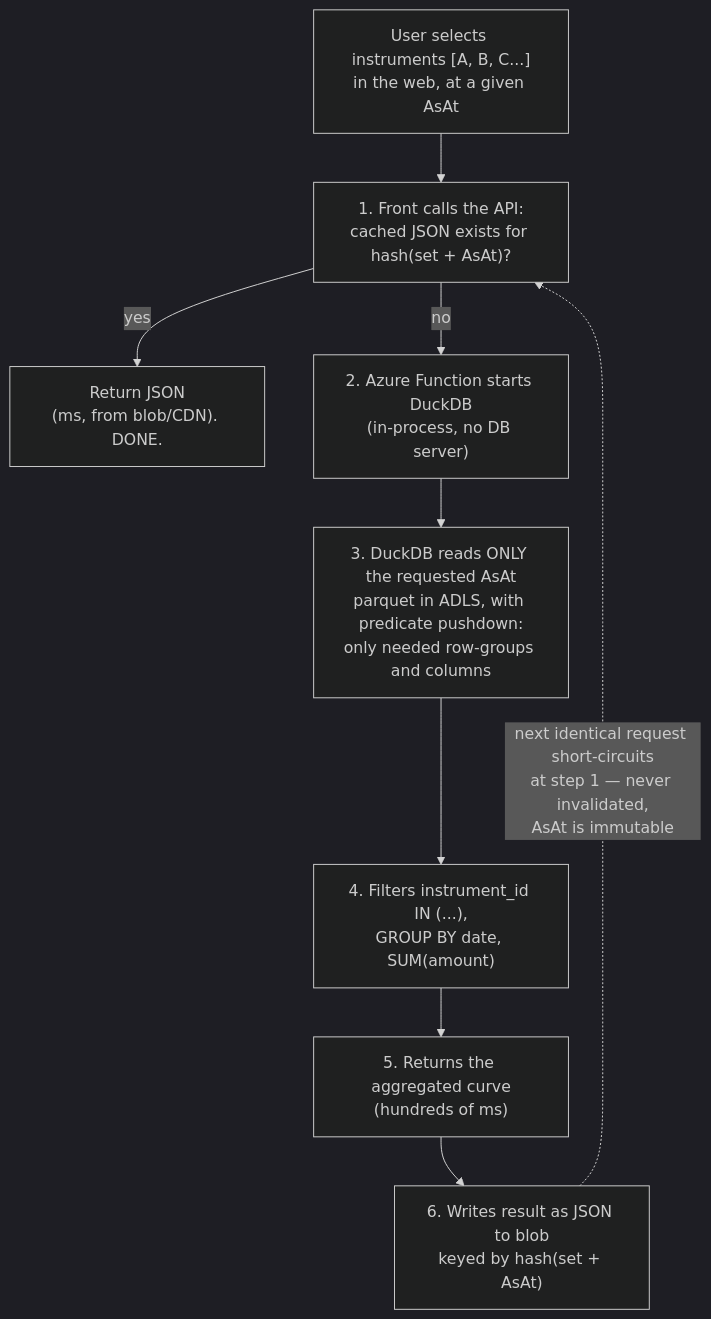
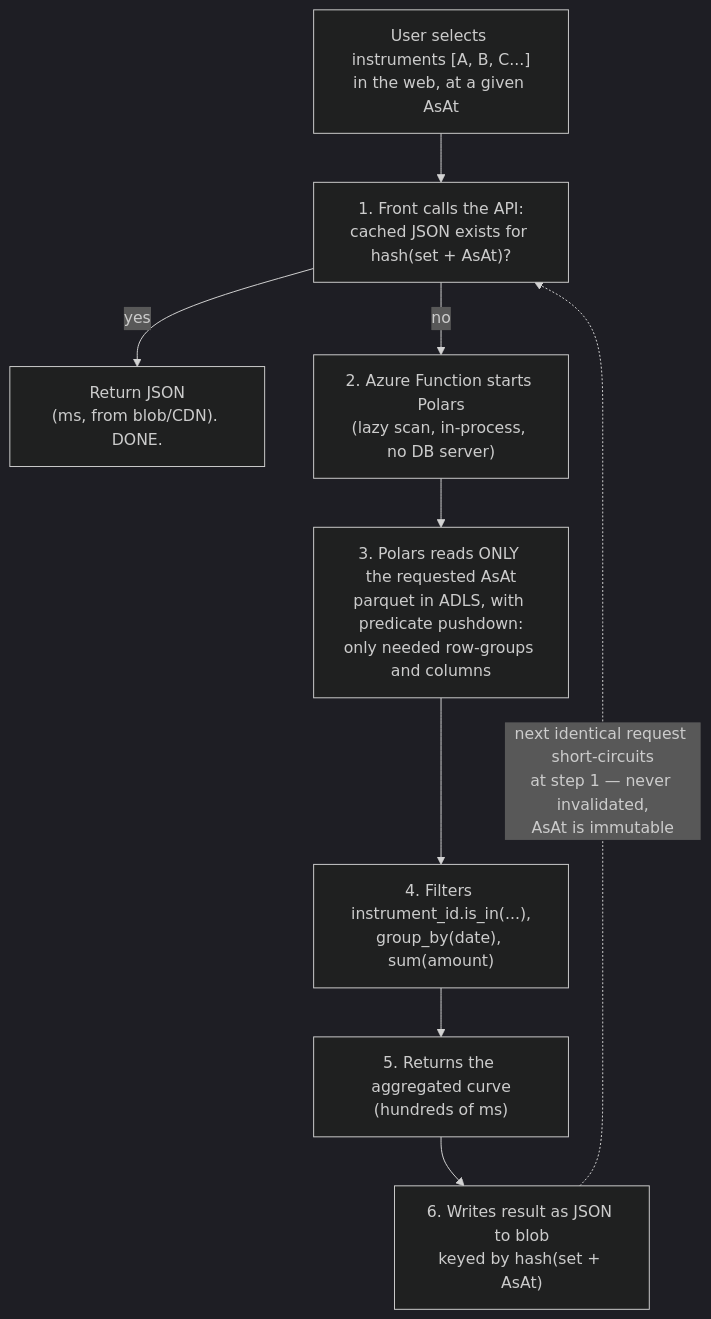
Before and after one commit to alejandro-olguin/quant: the second of 2 diagrams in docs/detail-data-serving-architecture.md, drawn with Mermaid (dark theme). The commit also changed other lines of this file and 8 other files, not shown here.

````diff
--- a/docs/detail-data-serving-architecture.md
+++ b/docs/detail-data-serving-architecture.md
@@ -104,12 +104,12 @@
 ```mermaid
 flowchart TD
     U["User selects instruments [A, B, C...]<br/>in the web, at a given AsAt"] --> S1
     S1["1. Front calls the API:<br/>cached JSON exists for hash(set + AsAt)?"]
     S1 -->|yes| DONE["Return JSON<br/>(ms, from blob/CDN). DONE."]
-    S1 -->|no| S2["2. Azure Function starts DuckDB<br/>(in-process, no DB server)"]
-    S2 --> S3["3. DuckDB reads ONLY the requested AsAt<br/>parquet in ADLS, with predicate pushdown:<br/>only needed row-groups and columns"]
-    S3 --> S4["4. Filters instrument_id IN (...),<br/>GROUP BY date, SUM(amount)"]
+    S1 -->|no| S2["2. Azure Function starts Polars<br/>(lazy scan, in-process, no DB server)"]
+    S2 --> S3["3. Polars reads ONLY the requested AsAt<br/>parquet in ADLS, with predicate pushdown:<br/>only needed row-groups and columns"]
+    S3 --> S4["4. Filters instrument_id.is_in(...),<br/>group_by(date), sum(amount)"]
     S4 --> S5["5. Returns the aggregated curve<br/>(hundreds of ms)"]
     S5 --> S6["6. Writes result as JSON to blob<br/>keyed by hash(set + AsAt)"]
     S6 -.->|"next identical request short-circuits<br/>at step 1 — never invalidated,<br/>AsAt is immutable"| S1
 ```
````
